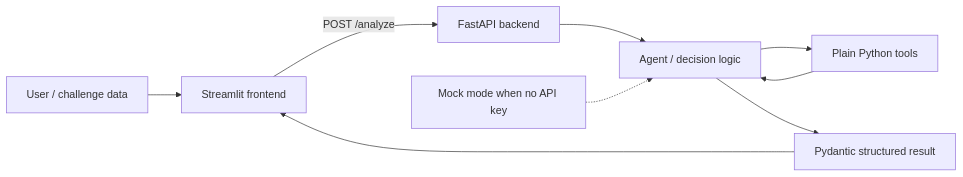
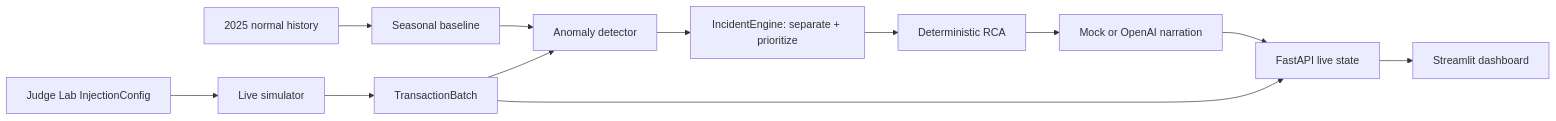
The diagram in README.md (victoriapersico/nw), drawn with Mermaid before and after one commit. The commit also changed other lines of this file and 19 other files, not shown here.

Commit message:
feat: harden MVP-12 trial-by-fire flow

````diff
--- a/README.md
+++ b/README.md
@@ -9,11 +16,14 @@
 ```mermaid
 flowchart LR
-    U["User / challenge data"] --> F["Streamlit frontend"]
-    F -->|"POST /analyze"| B["FastAPI backend"]
-    B --> A["Agent / decision logic"]
-    A --> T["Plain Python tools"]
+    H["2025 normal history"] --> B["Seasonal baseline"]
+    J["Judge Lab InjectionConfig"] --> S["Live simulator"]
+    S --> T["TransactionBatch"]
+    B --> D["Anomaly detector"]
+    T --> D
+    D --> I["IncidentEngine: separate + prioritize"]
+    I --> R["Deterministic RCA"]
+    R --> N["Mock or OpenAI narration"]
+    N --> A["FastAPI live state"]
     T --> A
-    A --> S["Pydantic structured result"]
-    S --> F
-    M["Mock mode when no API key"] -.-> A
+    A --> U["Streamlit dashboard"]
 ```
````
